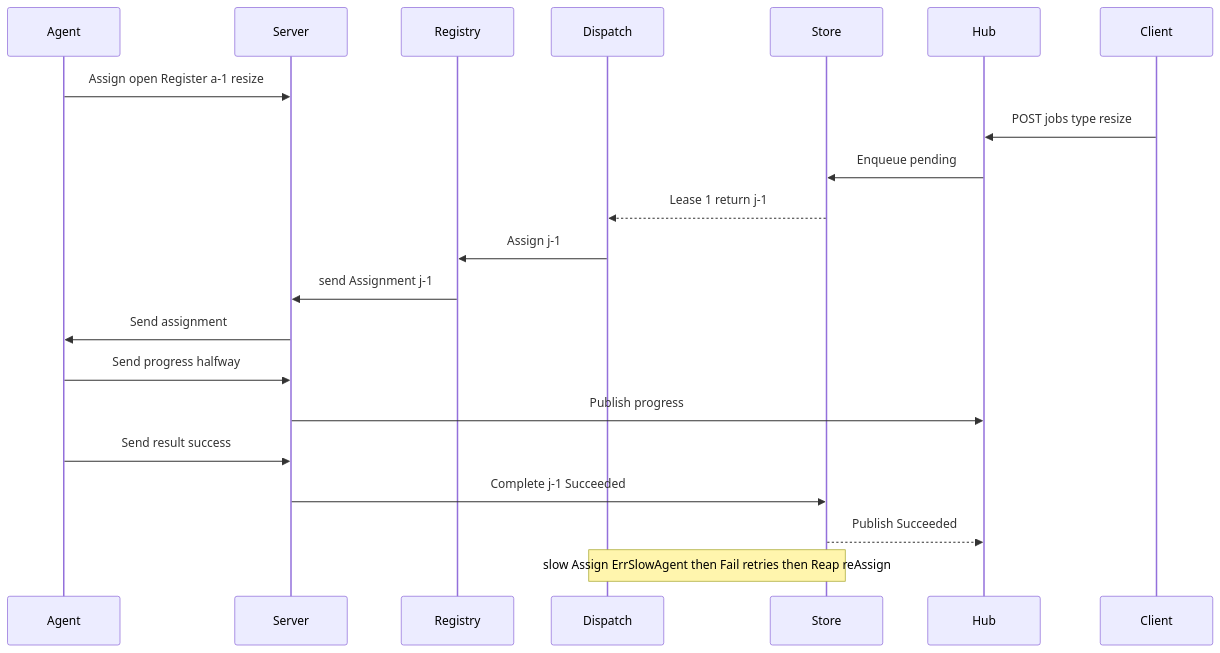
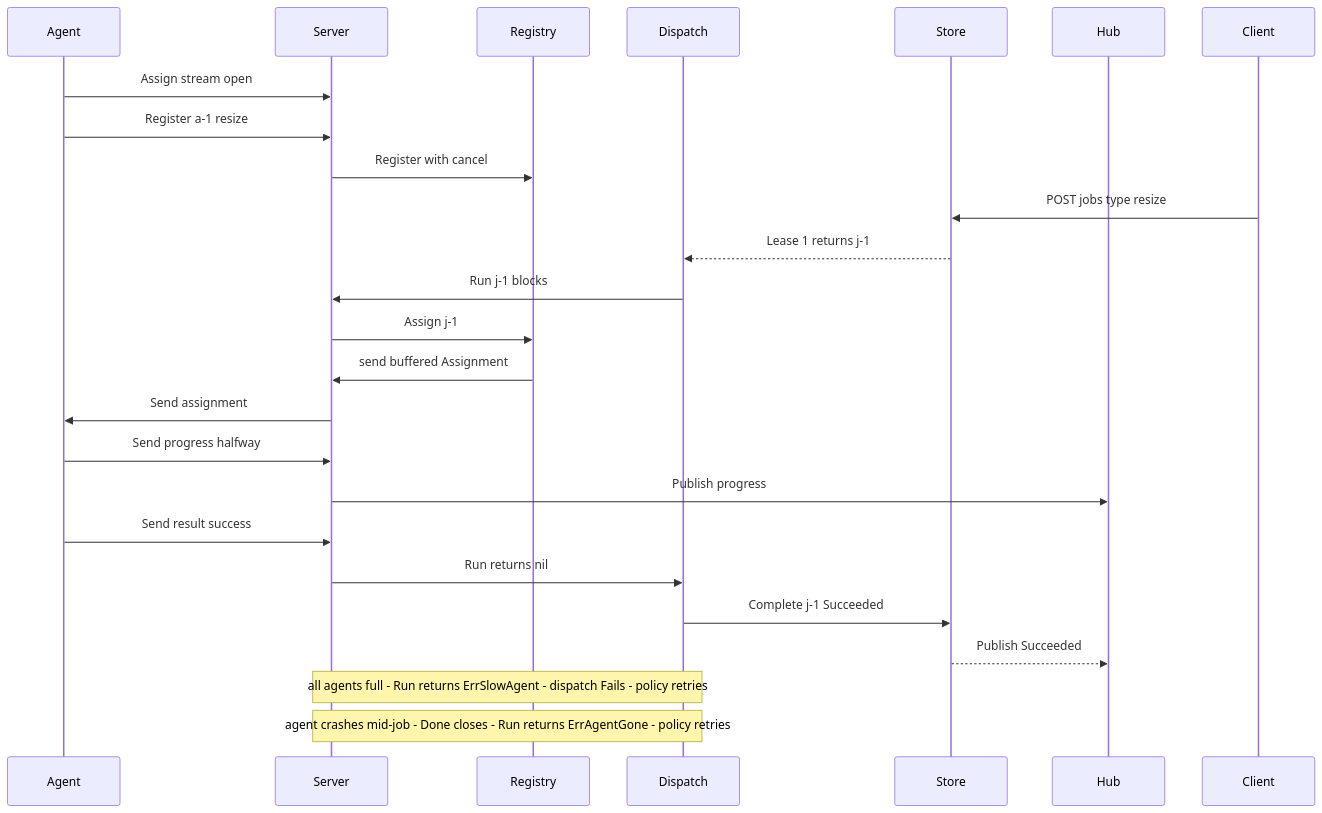
Before and after one commit to mddemin/conveyord: the second of 3 diagrams in docs/plans/2026-08-28-conveyor-phase-9.md, drawn with Mermaid. The commit also changed other lines of this file and 8 other files, not shown here.

````diff
--- a/docs/plans/2026-08-28-conveyor-phase-9.md
+++ b/docs/plans/2026-08-28-conveyor-phase-9.md
@@ -473,24 +885,28 @@
 ```mermaid
 sequenceDiagram
   participant A as Agent
   participant G as Server
   participant R as Registry
   participant D as Dispatch
   participant S as Store
   participant H as Hub
   participant C as Client
 
-  A->>G: Assign open Register a-1 resize
-  C->>H: POST jobs type resize
-  H->>S: Enqueue pending
-  S-->>D: Lease 1 return j-1
-  D->>R: Assign j-1
-  R->>G: send Assignment j-1
+  A->>G: Assign stream open
+  A->>G: Register a-1 resize
+  G->>R: Register with cancel
+  C->>S: POST jobs type resize
+  S-->>D: Lease 1 returns j-1
+  D->>G: Run j-1 blocks
+  G->>R: Assign j-1
+  R->>G: send buffered Assignment
   G->>A: Send assignment
   A->>G: Send progress halfway
   G->>H: Publish progress
   A->>G: Send result success
-  G->>S: Complete j-1 Succeeded
+  G->>D: Run returns nil
+  D->>S: Complete j-1 Succeeded
   S-->>H: Publish Succeeded
-  Note over D,S: slow Assign ErrSlowAgent then Fail retries then Reap reAssign
+  Note over D,G: all agents full - Run returns ErrSlowAgent - dispatch Fails - policy retries
+  Note over D,G: agent crashes mid-job - Done closes - Run returns ErrAgentGone - policy retries
 ```
````
